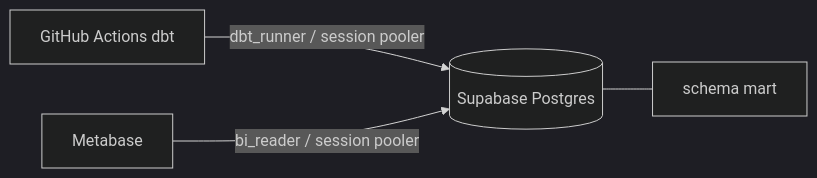
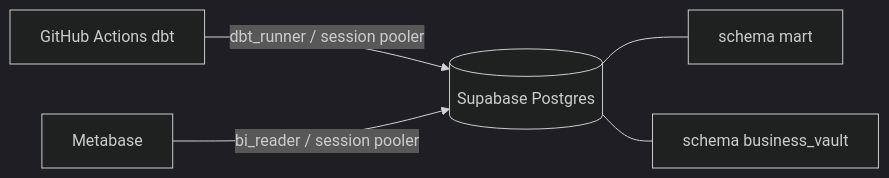
One commit to hskksk/lifelog-data-vault changed the diagram in docs/architecture/metabase.md. Above: the diagram before and after it, drawn with Mermaid (dark theme). The commit also changed other lines of this file and 12 other files, not shown here.

First line of the commit message:
feat(bi): let Metabase read business_vault

````diff
--- a/docs/architecture/metabase.md
+++ b/docs/architecture/metabase.md
@@ -17,9 +17,10 @@
 ```mermaid
 flowchart LR
   GH[GitHub Actions dbt]
   PG[(Supabase Postgres)]
   MB[Metabase]
   GH -->|dbt_runner / session pooler| PG
   MB -->|bi_reader / session pooler| PG
   PG --- MART[schema mart]
+  PG --- BV[schema business_vault]
 ```
````
